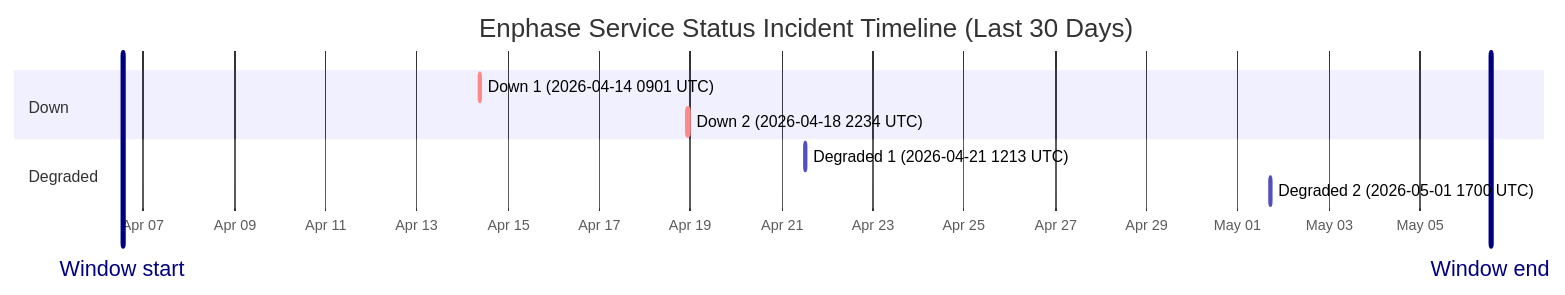
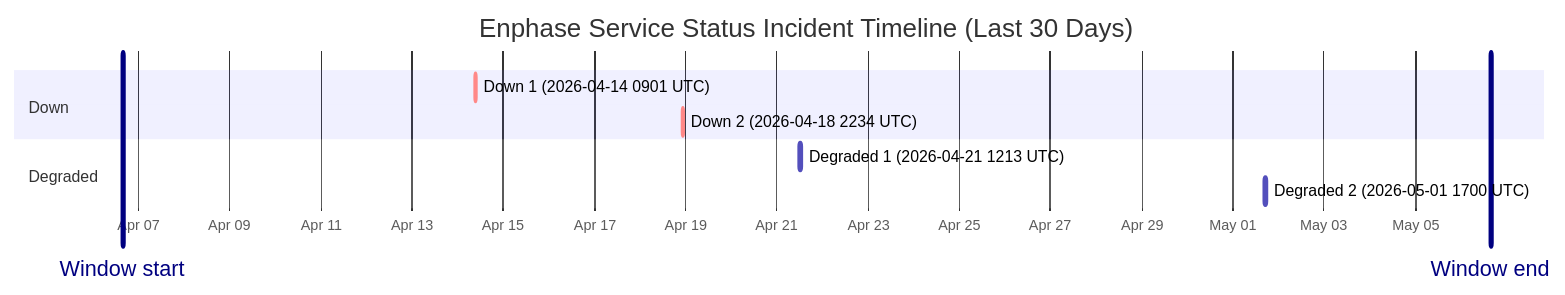
One commit to barneyonline/ha-enphase-ev-charger changed the diagram in wiki/Service-Status-History.md. Above: the diagram before and after it, drawn with Mermaid. The commit also changed other lines of this file and 3 other files, not shown here.

````diff
--- a/wiki/Service-Status-History.md
+++ b/wiki/Service-Status-History.md
@@ -14,14 +14,14 @@
 ```mermaid
 gantt
     title Enphase Service Status Incident Timeline (Last 30 Days)
     dateFormat  YYYY-MM-DDTHH:mm:ss
     axisFormat  %b %d
-    Window start :vert, window-start, 2026-04-06T13:12:34, 0ms
-    Window end :vert, window-end, 2026-05-06T13:12:34, 0ms
+    Window start :vert, window-start, 2026-04-06T15:40:16, 0ms
+    Window end :vert, window-end, 2026-05-06T15:40:16, 0ms
     section Down
     Down 1 (2026-04-14 0901 UTC) :crit, down-1, 2026-04-14T09:01:13, 60m
     Down 2 (2026-04-18 2234 UTC) :crit, down-2, 2026-04-18T22:34:13, 60m
     section Degraded
     Degraded 1 (2026-04-21 1213 UTC) :active, degraded-1, 2026-04-21T12:13:11, 60m
     Degraded 2 (2026-05-01 1700 UTC) :active, degraded-2, 2026-05-01T17:00:22, 60m
 ```
````
